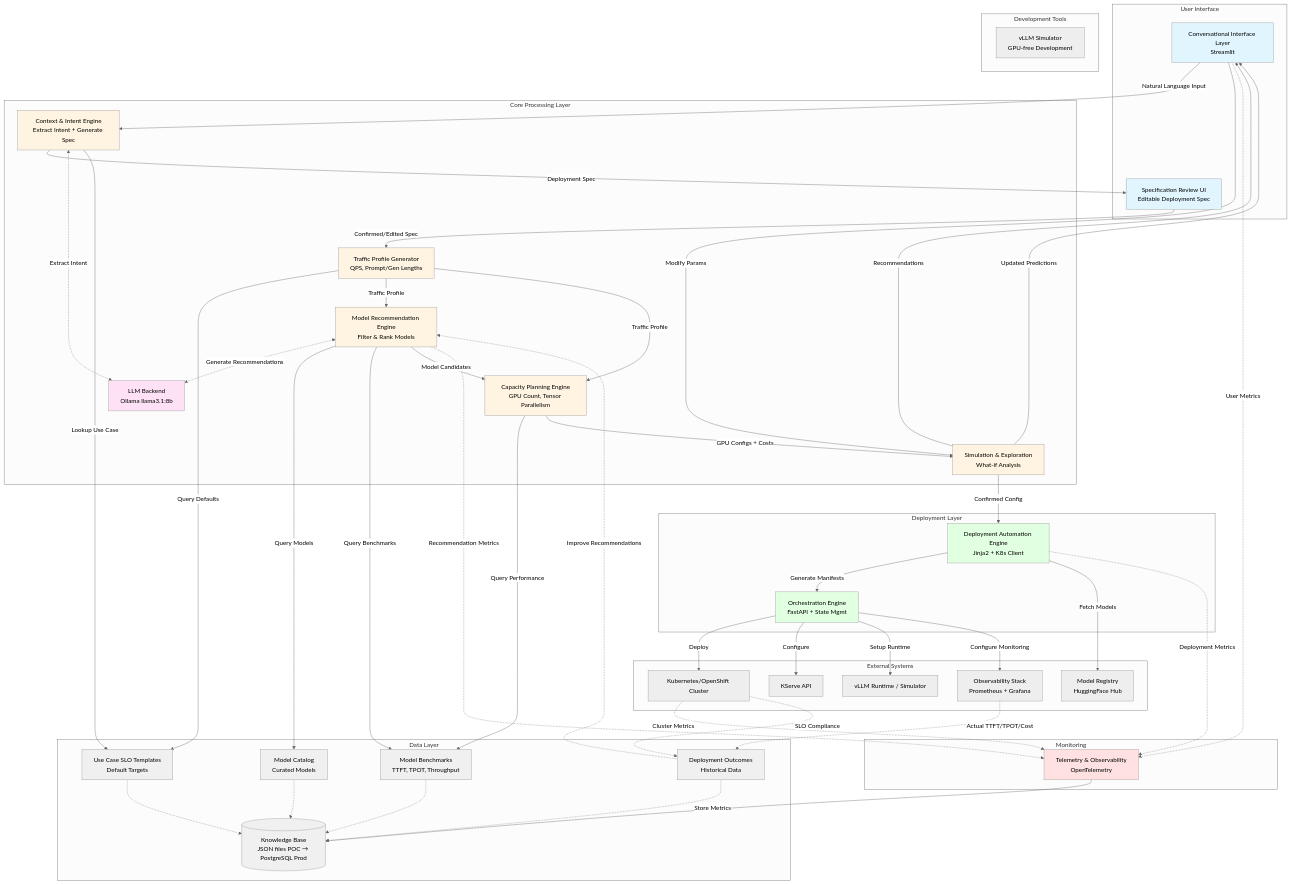
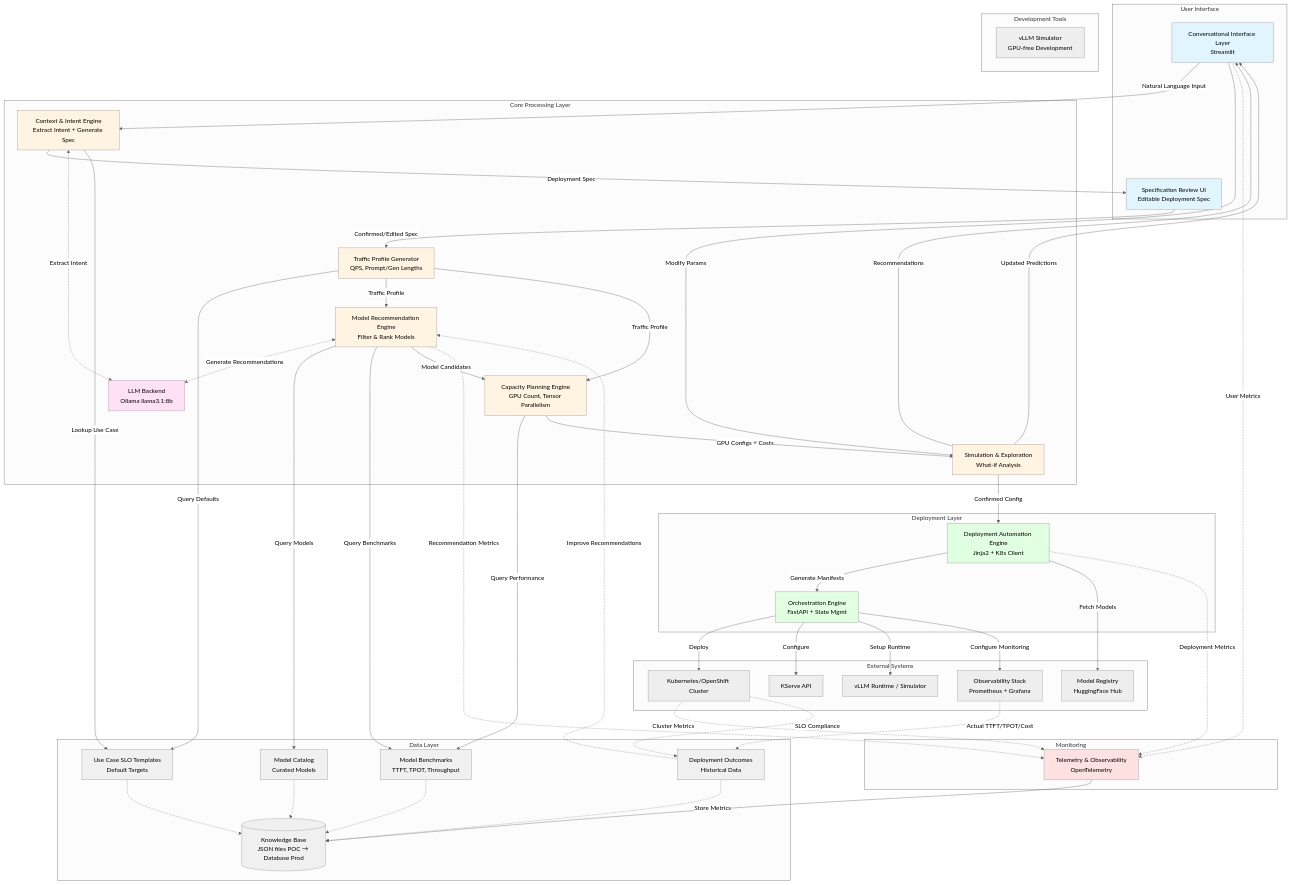
One commit to redhat-et/compass changed the first of 5 diagrams in docs/architecture-diagram.md. Above: the diagram before and after it, drawn with Mermaid (neutral theme). The commit also changed other lines of this file and 2 other files, not shown here.

Commit message:
Make database choice non-prescriptive for production
Changed references from 'PostgreSQL' to 'Database (e.g., PostgreSQL)' to
keep PostgreSQL as an example but make it clear it's not the only option
for production deployment.

Updated files:
- CLAUDE.md: 'production would use a database (e.g., PostgreSQL)'
- ARCHITECTURE.md: Technology table now shows 'Database (Production, e.g., PostgreSQL)'
- architecture-diagram.md: Diagram and table updated to 'Database Prod'

This keeps the documentation open to database evaluation while
maintaining PostgreSQL as the likely/suggested choice.

```diff
--- a/docs/architecture-diagram.md
+++ b/docs/architecture-diagram.md
@@ -22,7 +22,7 @@
     end
 
     subgraph "Data Layer"
-        KB[(Knowledge Base<br/>JSON files POC → PostgreSQL Prod)]
+        KB[(Knowledge Base<br/>JSON files POC → Database Prod)]
         KB_BENCH[Model Benchmarks<br/>TTFT, TPOT, Throughput]
         KB_SLO[Use Case SLO Templates<br/>Default Targets]
         KB_MODELS[Model Catalog<br/>Curated Models]
```
